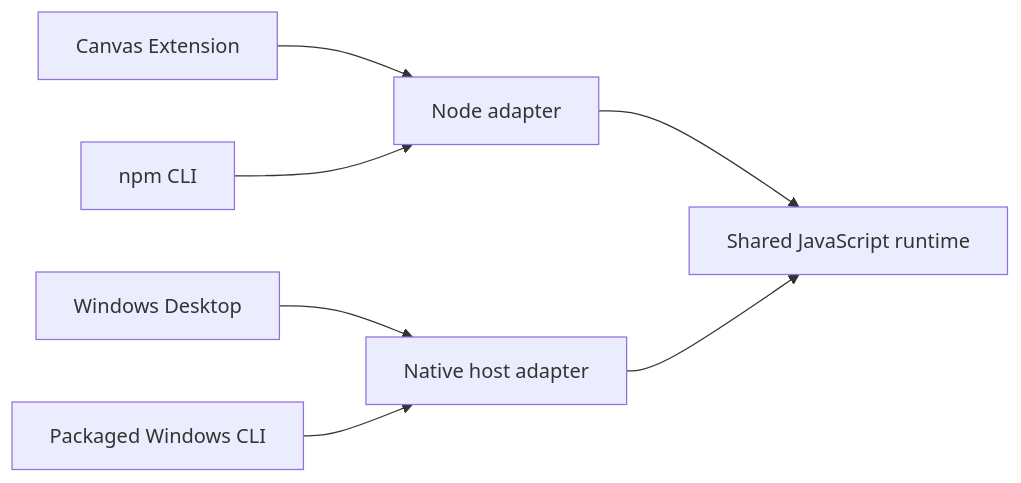
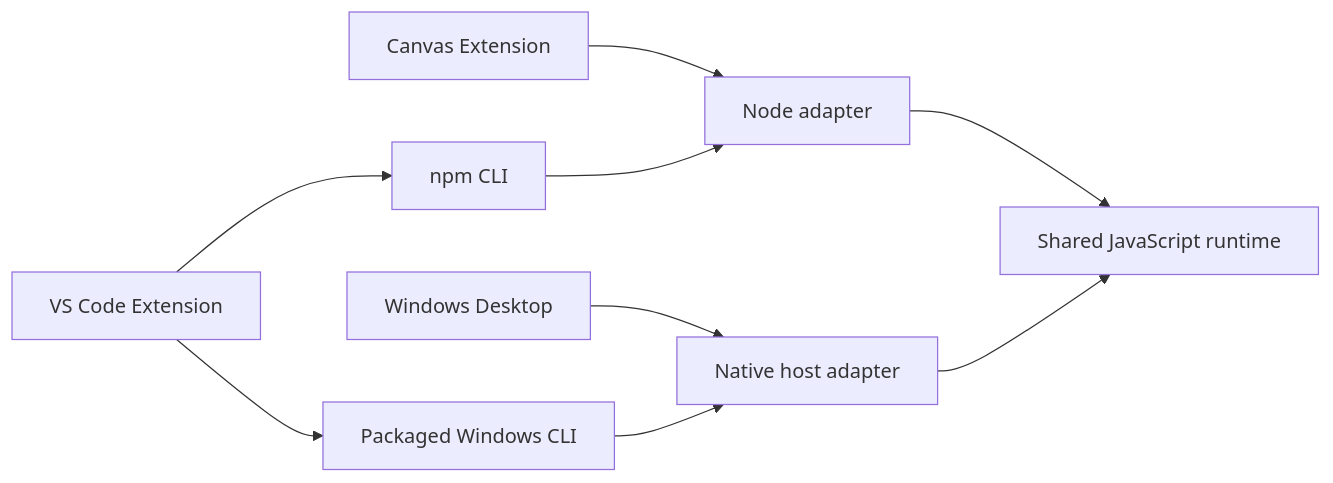
One commit to runceel/MarkdStage changed the diagram in docs/architecture.md. Above: the diagram before and after it, drawn with Mermaid. The commit also changed other lines of this file and 75 other files, not shown here.

First line of the commit message:
Add MarkdStage VS Code extension as a thin CLI wrapper (#254)

````diff
--- a/docs/architecture.md
+++ b/docs/architecture.md
@@ -25,9 +26,11 @@
 ```mermaid
 flowchart LR
     canvas["Canvas Extension"] --> node["Node adapter"]
     cli["npm CLI"] --> node
+    vscode["VS Code Extension"] --> cli
+    vscode --> packaged
     desktop["Windows Desktop"] --> native["Native host adapter"]
     packaged["Packaged Windows CLI"] --> native
     node --> runtime["Shared JavaScript runtime"]
     native --> runtime
 ```
````
